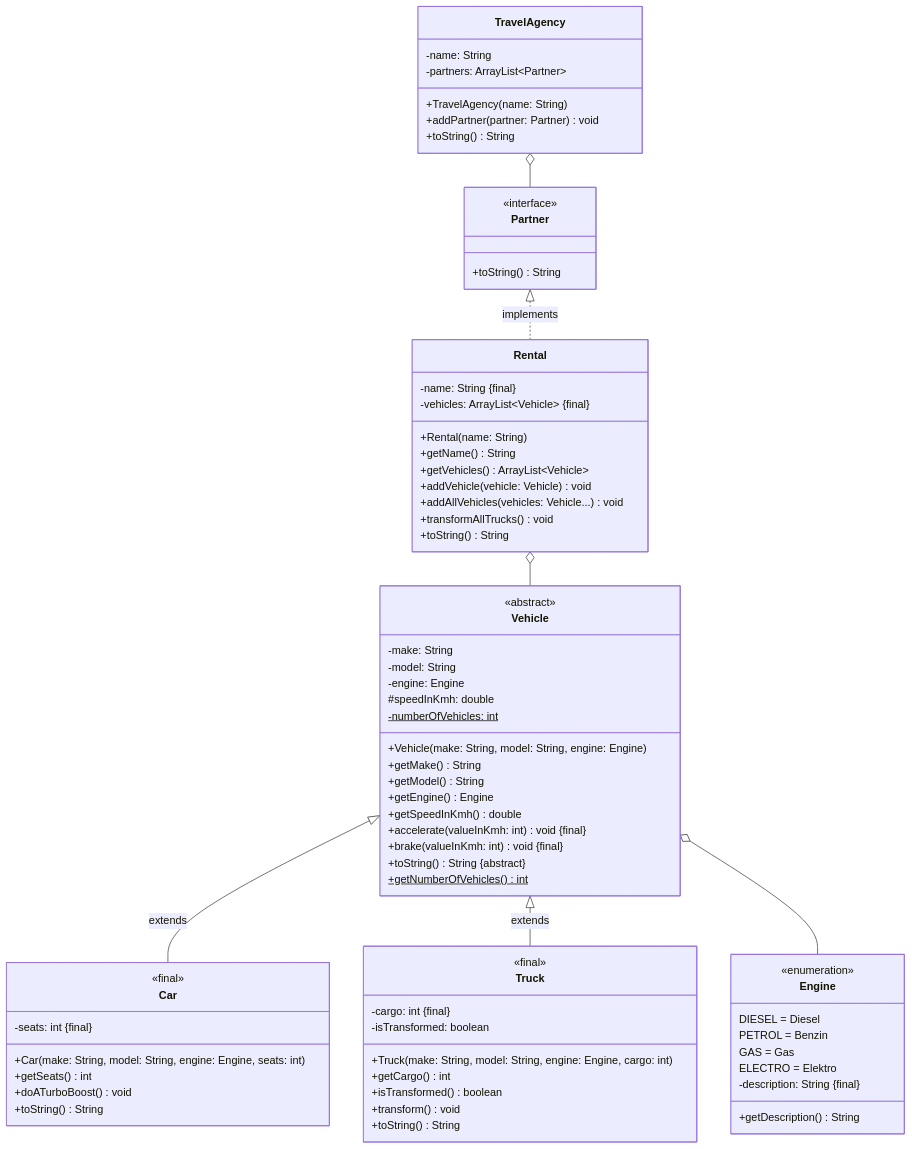
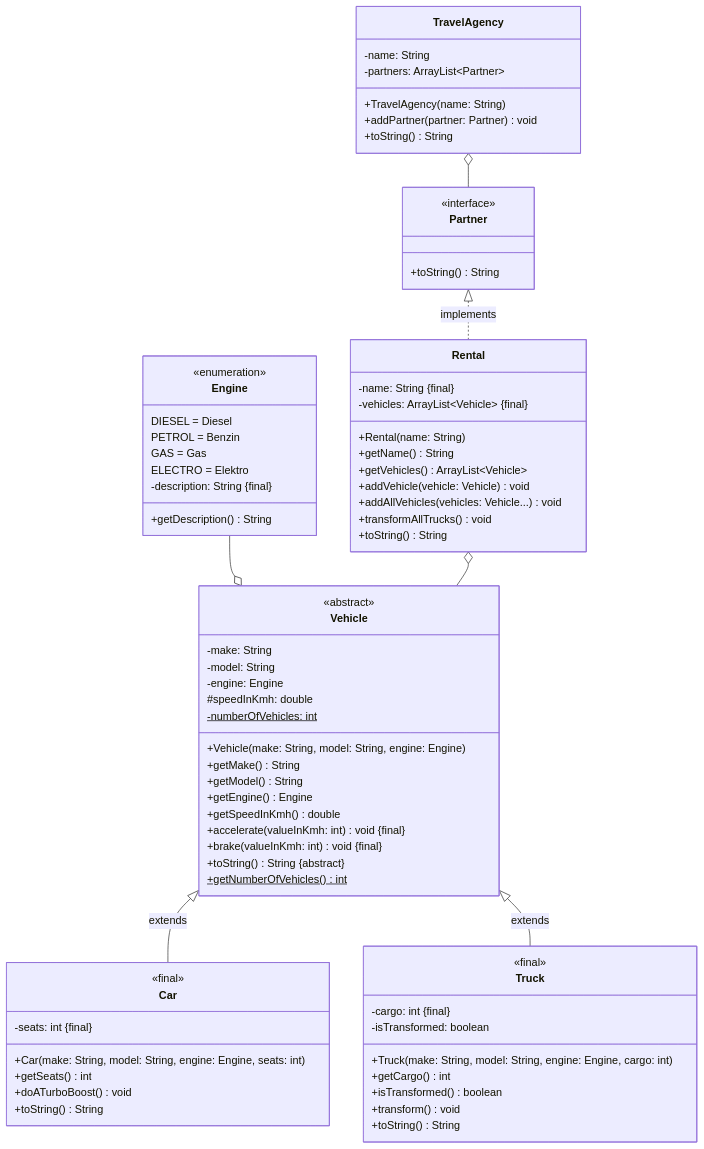
The diagram in docs/exercises/interfaces/interfaces01.mdx (jappuccini/java-docs), drawn with Mermaid before and after one commit.

Commit message:
Update Format

```diff
--- a/docs/exercises/interfaces/interfaces01.mdx
+++ b/docs/exercises/interfaces/interfaces01.mdx
@@ -20,7 +20,7 @@
 classDiagram
     Vehicle <|-- Car : extends
     Vehicle <|-- Truck : extends
-    Vehicle o-- Engine
+    Engine --o Vehicle
     Rental o-- Vehicle
     Partner <|.. Rental : implements
     TravelAgency o-- Partner
```
